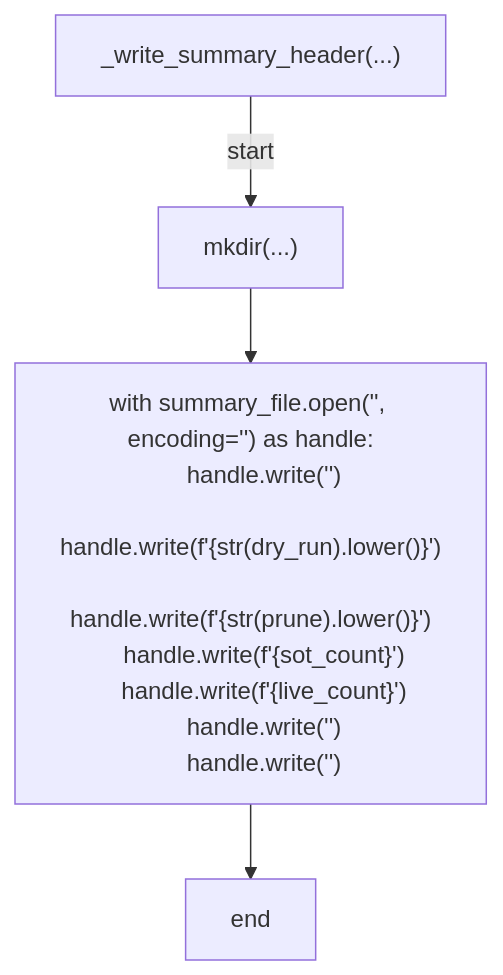
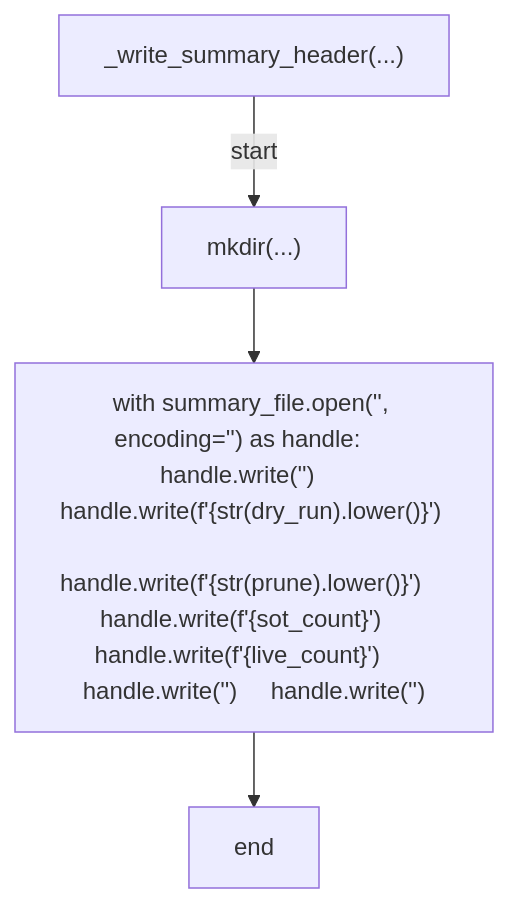
One commit to tvna/claude-md changed the tenth of 16 diagrams in docs/generated/scripts/ast/labels_apply.md. Above: the diagram before and after it, drawn with Mermaid. The commit also changed other lines of this file and 30 other files, not shown here.

First line of the commit message:
docs(generated): regenerate decision tree and workflow diagrams (batch 2/5)

````diff
--- a/docs/generated/scripts/ast/labels_apply.md
+++ b/docs/generated/scripts/ast/labels_apply.md
@@ -255,17 +206,10 @@
 ```mermaid
 flowchart TD
     N001["_write_summary_header(...)"]
     N002["mkdir(...)"]
-    N003["with summary_file.open('<str>', encoding='<str>') as handle:
-    handle.write('<str>')
-    handle.write(f'<str>{str(dry_run).lower()}<str>')
-    handle.write(f'<str>{str(prune).lower()}<str>')
-    handle.write(f'<str>{sot_count}<str>')
-    handle.write(f'<str>{live_count}<str>')
-    handle.write('<str>')
-    handle.write('<str>')"]
+    N003["with summary_file.open('<str>', encoding='<str>') as handle:     handle.write('<str>')     handle.write(f'<str>{str(dry_run).lower()}<str>')     handle.write(f'<str>{str(prune).lower()}<str>')     handle.write(f'<str>{sot_count}<str>')     handle.write(f'<str>{live_count}<str>')     handle.write('<str>')     handle.write('<str>')"]
     N004["end"]
     N001 -->|"start"| N002
     N002 --> N003
     N003 --> N004
 ```
````
